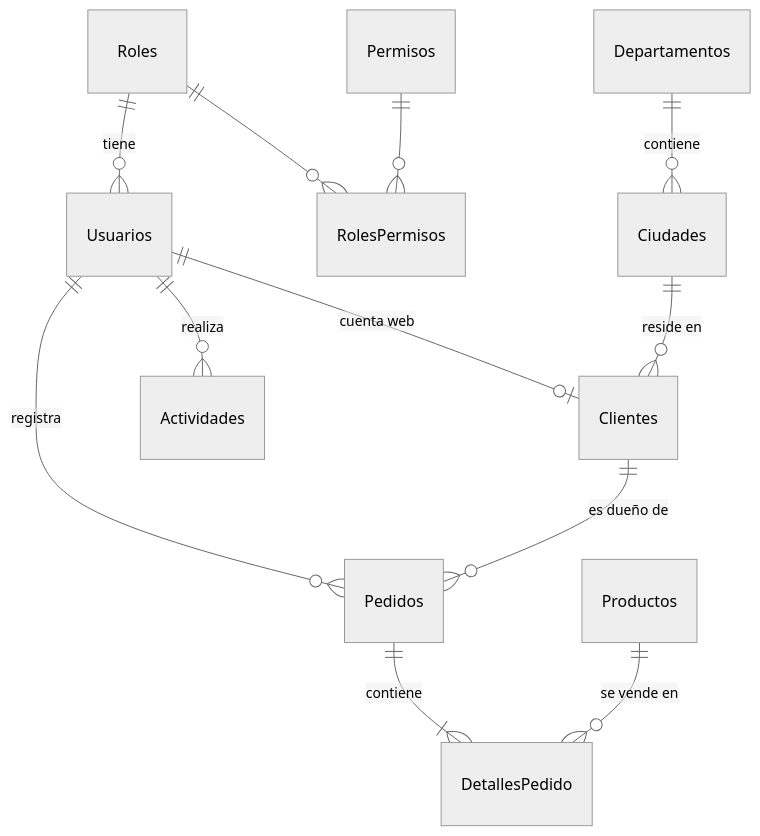
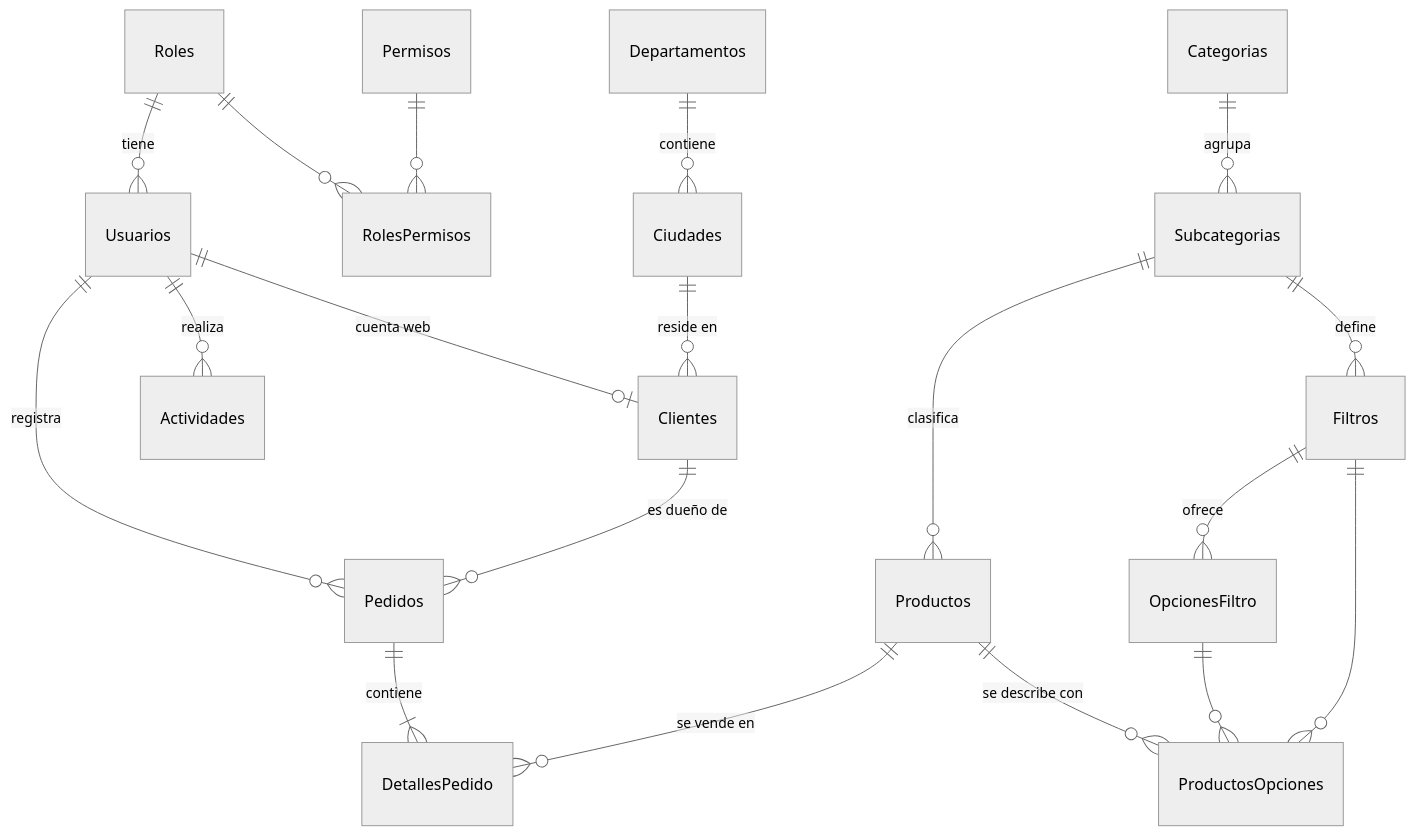
One commit to JuanPabloFloresDiaz/Gestion-de-Pedidos---UFG changed the diagram in docs/BaseDatos.md. Above: the diagram before and after it, drawn with Mermaid (neutral theme). The commit also changed other lines of this file and 5 other files, not shown here.

Commit message:
📄 Spec del catálogo de productos (categorías, subcategorías, filtros y opciones) y su modelo de datos en versión básica, sin SKU ni variantes

````diff
--- a/docs/BaseDatos.md
+++ b/docs/BaseDatos.md
@@ -15,14 +15,22 @@
 ```mermaid
 erDiagram
     Roles ||--o{ Usuarios : "tiene"
     Roles ||--o{ RolesPermisos : ""
     Permisos ||--o{ RolesPermisos : ""
     Usuarios ||--o| Clientes : "cuenta web"
     Usuarios ||--o{ Pedidos : "registra"
     Usuarios ||--o{ Actividades : "realiza"
     Departamentos ||--o{ Ciudades : "contiene"
     Ciudades ||--o{ Clientes : "reside en"
     Clientes ||--o{ Pedidos : "es dueño de"
     Pedidos ||--|{ DetallesPedido : "contiene"
     Productos ||--o{ DetallesPedido : "se vende en"
+    Categorias ||--o{ Subcategorias : "agrupa"
+    Subcategorias ||--o{ Productos : "clasifica"
+    Subcategorias ||--o{ Filtros : "define"
+    Filtros ||--o{ OpcionesFiltro : "ofrece"
+    Productos ||--o{ ProductosOpciones : "se describe con"
+    OpcionesFiltro ||--o{ ProductosOpciones : ""
+    Filtros ||--o{ ProductosOpciones : ""
+
 ```
````
